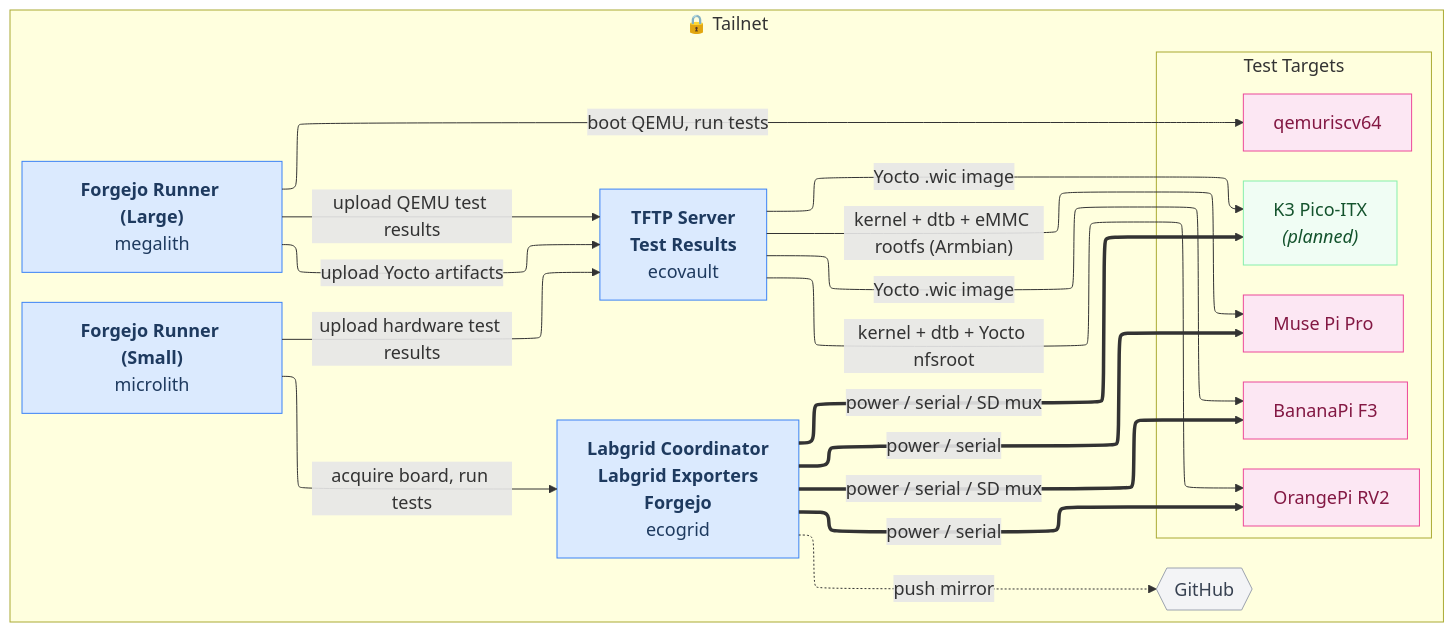
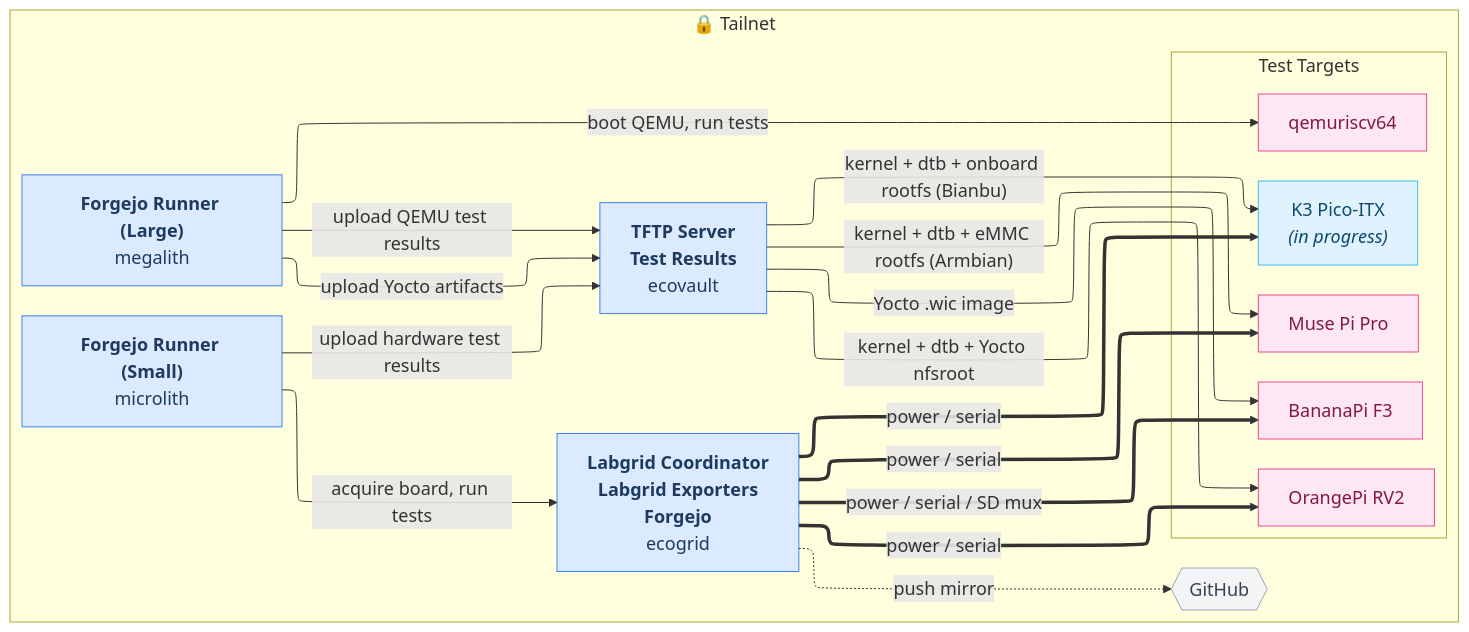
Before and after one commit to threexc/boardgarden: the diagram in docs/network.mmd, drawn with Mermaid. The commit also changed 3 other files, not shown here.

```diff
--- a/docs/network.mmd
+++ b/docs/network.mmd
@@ -1,45 +1,45 @@
 %%{init: {"theme": "default", "flowchart": {"htmlLabels": true, "nodeSpacing": 30, "rankSpacing": 60, "defaultRenderer": "elk"}, "themeVariables": {"fontSize": "18px", "fontFamily": "Liberation Sans"}} }%%
 flowchart LR
   subgraph tailnet["🔒 Tailnet"]
     ecogrid["<b>Labgrid Coordinator</b><br/><b>Labgrid Exporters</b><br/><b>Forgejo</b><br/>ecogrid"]
     ecovault["<b>TFTP Server</b><br/><b>Test Results</b><br/>ecovault"]
     runner1["<b>Forgejo Runner (Large)</b><br/>megalith"]
     runner2["<b>Forgejo Runner (Small)</b><br/>microlith"]
     github{{"GitHub"}}
     subgraph boards["Test Targets"]
       direction TB
       board_1["BananaPi F3"]
       board_2["Muse Pi Pro"]
       board_3["OrangePi RV2"]
       board_4["qemuriscv64"]
-      board_5["K3 Pico-ITX<br/><i>(planned)</i>"]
+      board_5["K3 Pico-ITX<br/><i>(in progress)</i>"]
     end
   end
 
   %% ── Hosted-on relationships ──
 
   %% ── Links ──
   ecogrid ==>|"power / serial / SD mux"| board_1
   ecogrid ==>|"power / serial"| board_2
   ecogrid ==>|"power / serial"| board_3
-  ecogrid ==>|"power / serial / SD mux"| board_5
+  ecogrid ==>|"power / serial"| board_5
   ecogrid -..->|"push mirror"| github
   runner1 -->|"upload Yocto artifacts"| ecovault
   runner1 -->|"upload QEMU test results"| ecovault
   runner1 -->|"boot QEMU, run tests"| board_4
   runner2 -->|"acquire board, run tests"| ecogrid
   runner2 -->|"upload hardware test results"| ecovault
   ecovault -->|"Yocto .wic image"| board_1
   ecovault -->|"kernel + dtb + eMMC rootfs (Armbian)"| board_2
   ecovault -->|"kernel + dtb + Yocto nfsroot"| board_3
-  ecovault -->|"Yocto .wic image"| board_5
+  ecovault -->|"kernel + dtb + onboard rootfs (Bianbu)"| board_5
 
   %% ── Styles ──
   classDef machine fill:#dbeafe,stroke:#3b82f6,color:#1e3a5f
   class ecogrid,ecovault,runner1,runner2 machine
   classDef external fill:#f3f4f6,stroke:#9ca3af,color:#374151
   class github external
   classDef board fill:#fce7f3,stroke:#ec4899,color:#831843
   class board_1,board_2,board_3,board_4 board
-  classDef board_planned fill:#f0fdf4,stroke:#86efac,color:#14532d
-  class board_5 board_planned
+  classDef board_in_progress fill:#e0f2fe,stroke:#38bdf8,color:#0c4a6e
+  class board_5 board_in_progress
```
